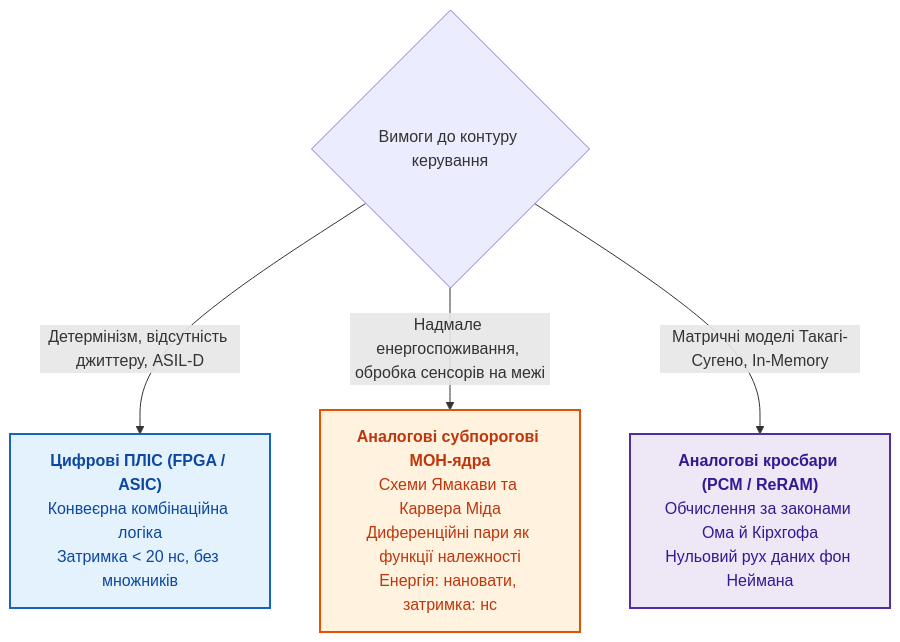
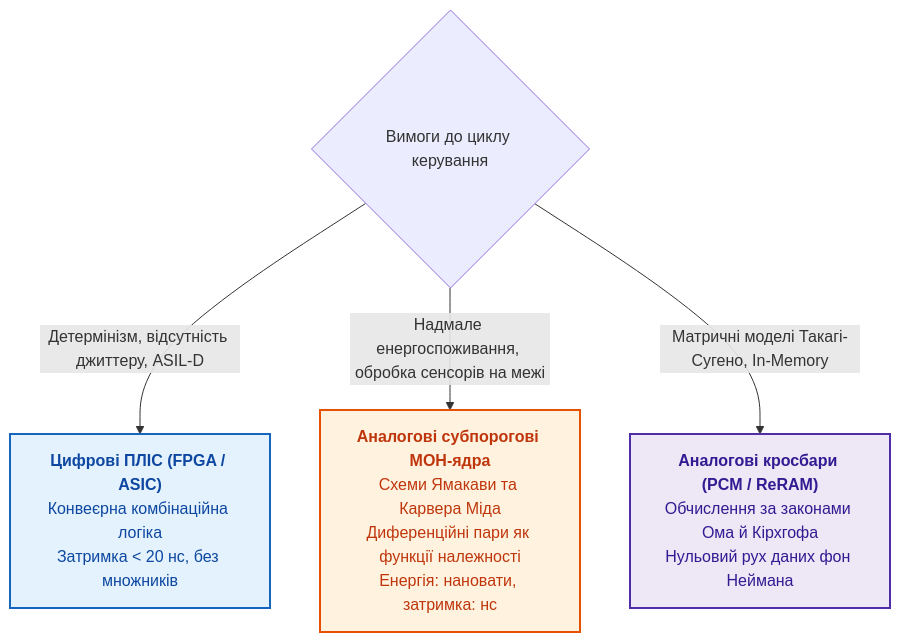
One commit to nick-fedchik/articles changed the eighth of 13 diagrams in ExpertSystem/ch06-applied-mathematics-for-expert-systems.md. Above: the diagram before and after it, drawn with Mermaid. The commit also changed other lines of this file and 27 other files, not shown here.

````diff
--- a/ExpertSystem/ch06-applied-mathematics-for-expert-systems.md
+++ b/ExpertSystem/ch06-applied-mathematics-for-expert-systems.md
@@ -915,17 +915,17 @@
 ```mermaid
 flowchart TD
     accTitle: Спектр апаратних засобів для нечітких обчислень
     accDescr: Класифікація апаратних засобів за детермінізмом, затримкою та енергоспоживанням від FPGA до субпорогового аналогового кремнію.
 
-    REQ{"Вимоги до контуру керування"} -->|Детермінізм, відсутність джиттеру, ASIL-D| FPGA["<b>Цифрові ПЛІС (FPGA / ASIC)</b><br/>Конвеєрна комбінаційна логіка<br/>Затримка < 20 нс, без множників"]
+    REQ{"Вимоги до циклу керування"} -->|Детермінізм, відсутність джиттеру, ASIL-D| FPGA["<b>Цифрові ПЛІС (FPGA / ASIC)</b><br/>Конвеєрна комбінаційна логіка<br/>Затримка < 20 нс, без множників"]
     REQ -->|Надмале енергоспоживання, обробка сенсорів на межі| ANALOG["<b>Аналогові субпорогові МОН-ядра</b><br/>Схеми Ямакави та Карвера Міда<br/>Диференційні пари як функції належності<br/>Енергія: нановати, затримка: нс"]
     REQ -->|Матричні моделі Такагі-Сугено, In-Memory| MEM["<b>Аналогові кросбари (PCM / ReRAM)</b><br/>Обчислення за законами Ома й Кірхгофа<br/>Нульовий рух даних фон Неймана"]
 
     classDef fpga fill:#e3f2fd,stroke:#1565c0,stroke-width:2px,color:#0d47a1;
     classDef ana fill:#fff3e0,stroke:#e65100,stroke-width:2px,color:#bf360c;
     classDef mem fill:#ede7f6,stroke:#512da8,stroke-width:2px,color:#311b92;
 
     class FPGA fpga;
     class ANALOG ana;
     class MEM mem;
 ```
````
